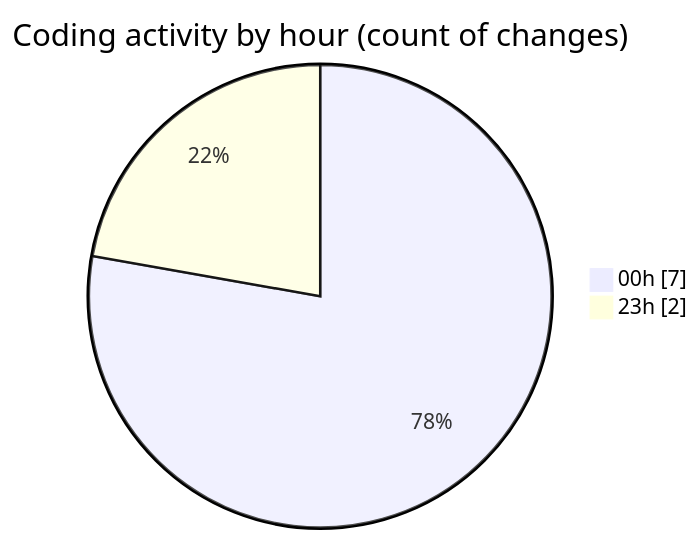
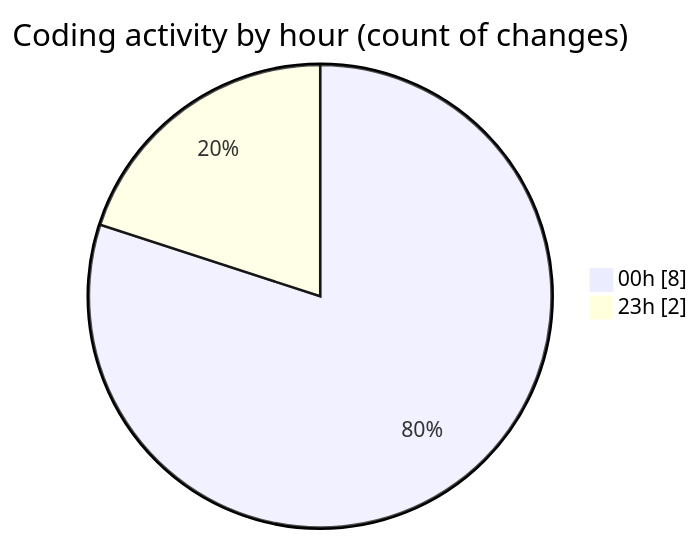
The second of 2 diagrams in 2025-01-15/github-activity-tracker/README.md (momahboobian/code-tracking), drawn with Mermaid before and after one commit. The commit also changed other lines of this file and 1 other file, not shown here.

````diff
--- a/2025-01-15/github-activity-tracker/README.md
+++ b/2025-01-15/github-activity-tracker/README.md
@@ -32,6 +33,6 @@
 ```mermaid
 pie showData
 title Coding activity by hour (count of changes)
-"00h" : 7
+"00h" : 8
 "23h" : 2
 ```
````
